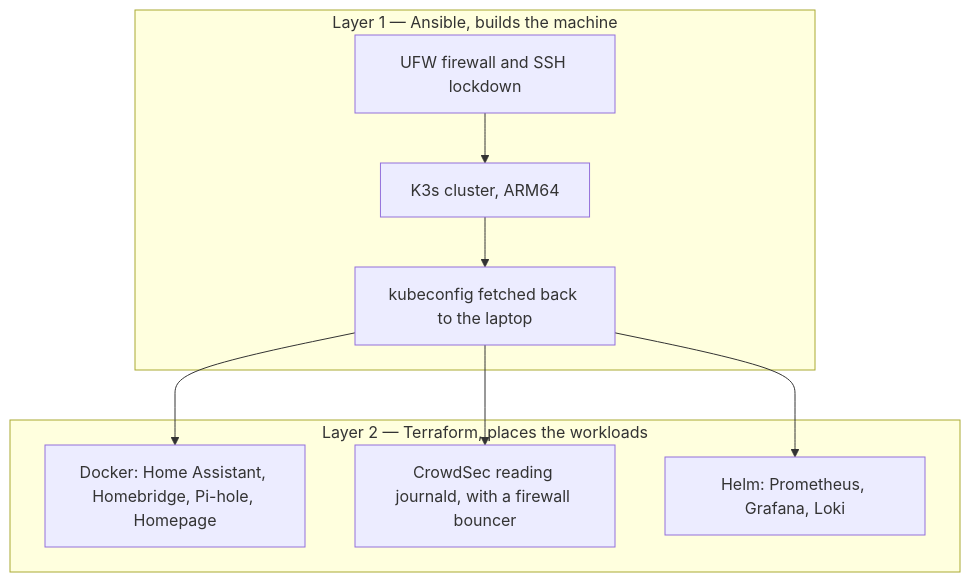
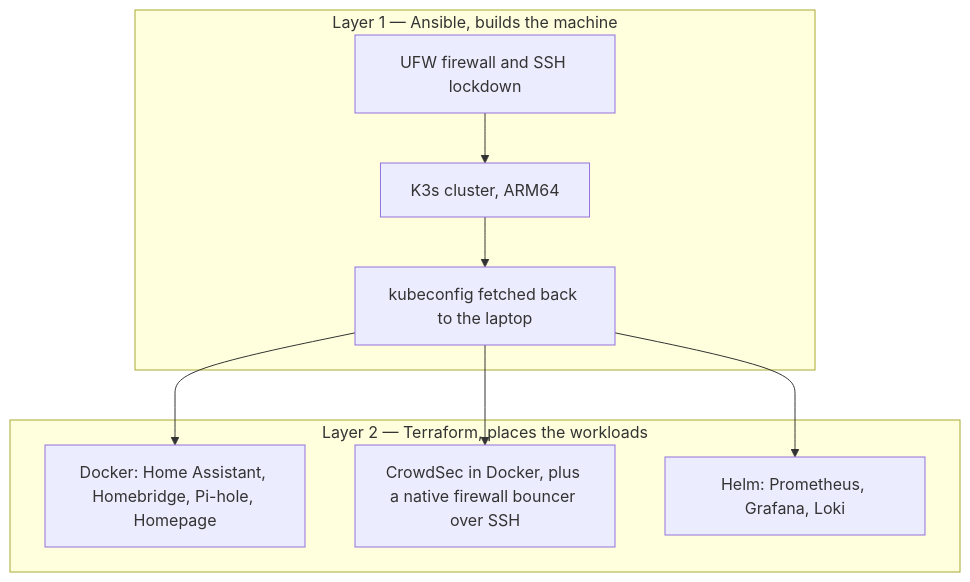
Before and after one commit to rainforest-dev/rainforest-iot: the diagram in README.md, drawn with Mermaid. The commit also changed other lines of this file, not shown here.

````diff
--- a/README.md
+++ b/README.md
@@ -8,17 +8,17 @@
 ```mermaid
 flowchart TD
   subgraph L1["Layer 1 — Ansible, builds the machine"]
     H[UFW firewall and SSH lockdown]
     K[K3s cluster, ARM64]
     KC[kubeconfig fetched back to the laptop]
   end
   subgraph L2["Layer 2 — Terraform, places the workloads"]
     D[Docker: Home Assistant, Homebridge, Pi-hole, Homepage]
-    CS[CrowdSec reading journald, with a firewall bouncer]
+    CS[CrowdSec in Docker, plus a native firewall bouncer over SSH]
     MON[Helm: Prometheus, Grafana, Loki]
   end
   H --> K --> KC
   KC --> D
   KC --> CS
   KC --> MON
 ```
````
